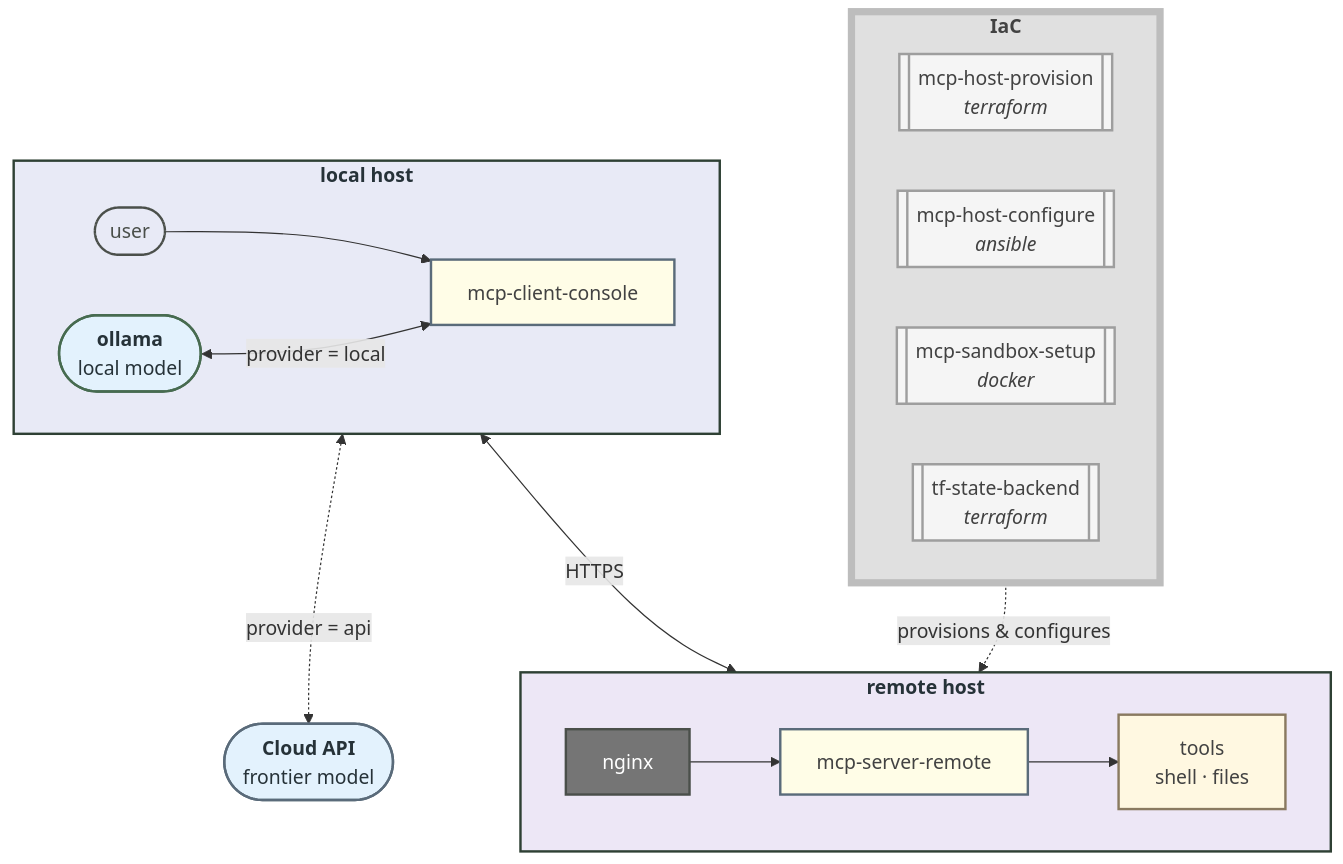
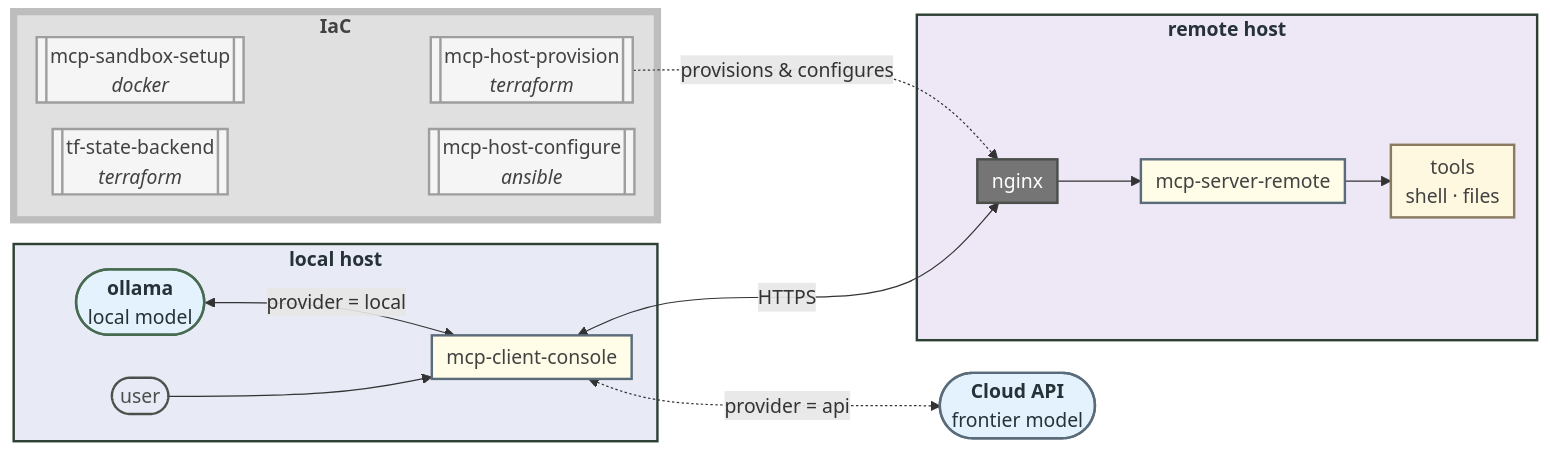
The diagram in README.md (geomux/geomux), drawn with Mermaid before and after one commit. The commit also changed other lines of this file, not shown here.

Commit message:
docs(REAMDE.md): Reformatted headers and revised IaC Agentic AI system stack to be landscape layout flowchart.

````diff
--- a/README.md
+++ b/README.md
@@ -16,46 +16,45 @@
 ```mermaid
-flowchart TB
+%%{init: {"flowchart": {"nodeSpacing": 22, "rankSpacing": 38, "padding": 6}}}%%
+flowchart LR
     subgraph IAC["`**IaC**`"]
-        direction LR
         P[["`mcp-host-provision
 *terraform*`"]]:::iac
         CF[["`mcp-host-configure
 *ansible*`"]]:::iac
         SB[["`mcp-sandbox-setup
 *docker*`"]]:::iac
         TFS[["`tf-state-backend
 *terraform*`"]]:::iac
+        SB ~~~ P
+        TFS ~~~ CF
     end
 
     subgraph LHOST["`**local host**`"]
-        direction LR
         U(["`user`"]):::me --> C["`mcp-client-console`"]:::pkg
         M(["`**ollama**
 local model`"]):::model <-->|provider = local| C
     end
 
     subgraph RHOST["`**remote host**`"]
-        direction LR
         N["`nginx`"]:::plumb --> S["`mcp-server-remote`"]:::pkg --> T["`tools
 shell · files`"]:::tools
     end
 
     API(["`**Cloud API**
 frontier model`"]):::cloud
 
-    IAC -.->|provisions & configures| RHOST
     C <-->|HTTPS| N
     C <-.->|provider = api| API
+    P -.->|provisions & configures| N
 
     classDef me fill:none,stroke:#4A4F4A,stroke-width:2px,color:#4A4F4A
     classDef pkg fill:#FFFDE7,stroke:#5A6B7A,stroke-width:2px,color:#424242
     classDef plumb fill:#757575,stroke:#4A4F4A,stroke-width:2px,color:#FFFFFF
     classDef tools fill:#FFF8E1,stroke:#8A7A60,stroke-width:2px,color:#424242
     classDef iac fill:#F5F5F5,stroke:#9E9E9E,stroke-width:2px,color:#424242
     classDef model fill:#E3F2FD,stroke:#476B50,stroke-width:2px,color:#263238
     classDef cloud fill:#E3F2FD,stroke:#5A6B7A,stroke-width:2px,color:#263238
     style RHOST fill:#EDE7F6,stroke:#2E4034,stroke-width:2px,color:#263238
     style LHOST fill:#E8EAF6,stroke:#2E4034,stroke-width:2px,color:#263238
     style IAC fill:#E0E0E0,stroke:#BDBDBD,stroke-width:6px,color:#424242
-
 ```
````
